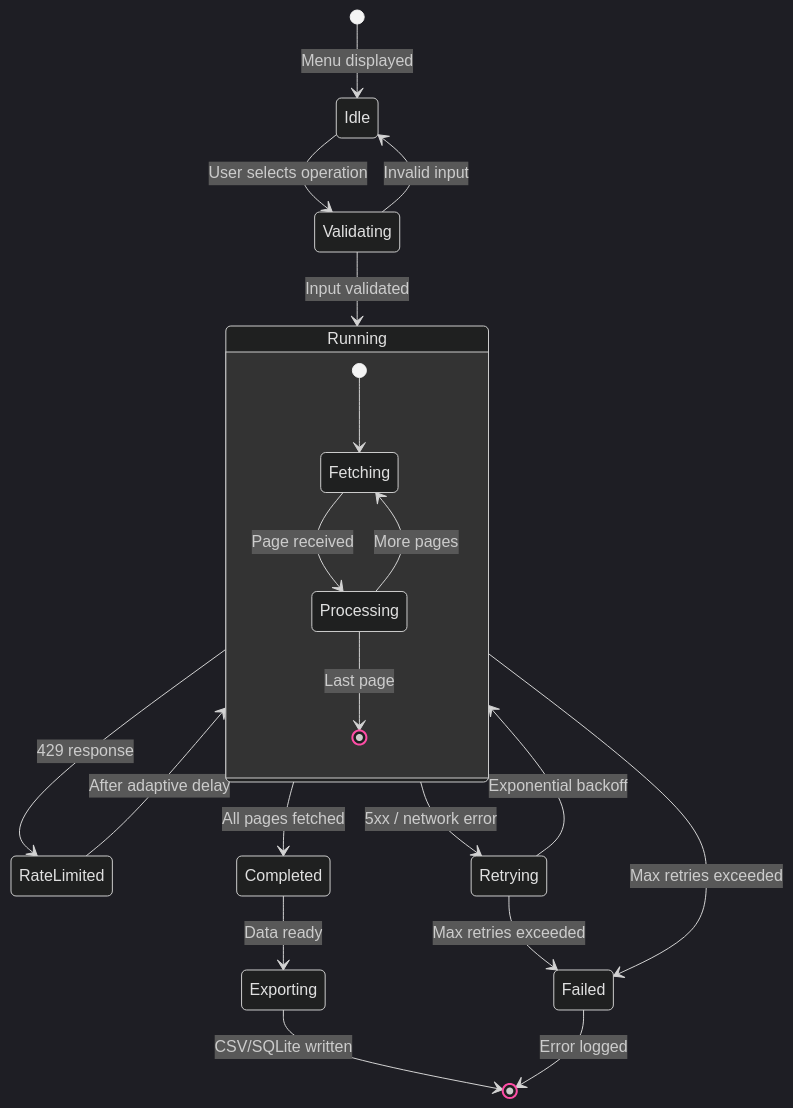
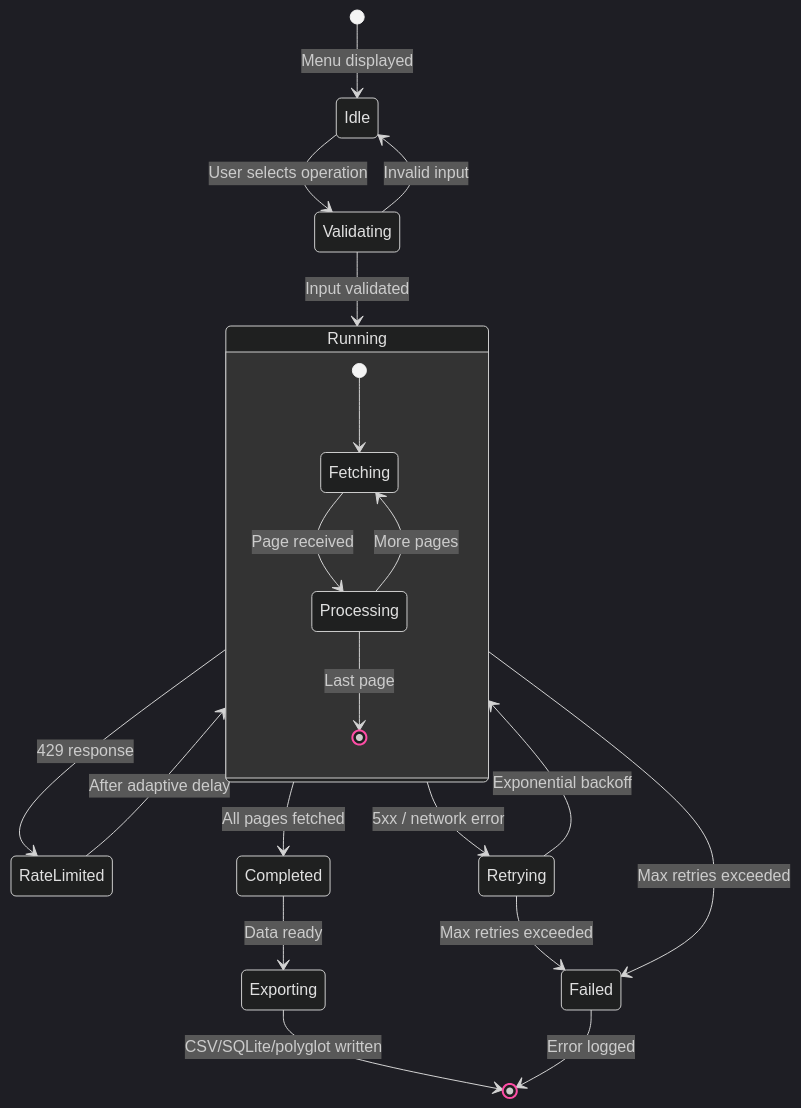
The first of 3 diagrams in documentation/diagrams/operations/operations-reference.md (jmorrison-juniper/MistHelper), drawn with Mermaid before and after one commit. The commit also changed 44 other files, not shown here.

````diff
--- a/documentation/diagrams/operations/operations-reference.md
+++ b/documentation/diagrams/operations/operations-reference.md
@@ -11,38 +11,38 @@
 ```mermaid
 %%{init: {'theme': 'dark', 'themeVariables': {
   'primaryColor': '#E20074',
   'primaryTextColor': '#E0E0E0',
   'primaryBorderColor': '#99004D',
   'lineColor': '#FF4DA6',
   'secondaryColor': '#16213E',
   'tertiaryColor': '#1A1A2E',
   'fontFamily': 'ui-monospace, monospace'
 }}}%%
 stateDiagram-v2
     [*] --> Idle : Menu displayed
 
     Idle --> Validating : User selects operation
     Validating --> Running : Input validated
     Validating --> Idle : Invalid input
 
     Running --> RateLimited : 429 response
     Running --> Retrying : 5xx / network error
     Running --> Completed : All pages fetched
     Running --> Failed : Max retries exceeded
 
     RateLimited --> Running : After adaptive delay
     Retrying --> Running : Exponential backoff
     Retrying --> Failed : Max retries exceeded
 
     Completed --> Exporting : Data ready
-    Exporting --> [*] : CSV/SQLite written
+    Exporting --> [*] : CSV/SQLite/polyglot written
 
     Failed --> [*] : Error logged
 
     state Running {
         [*] --> Fetching
         Fetching --> Processing : Page received
         Processing --> Fetching : More pages
         Processing --> [*] : Last page
     }
 ```
````
